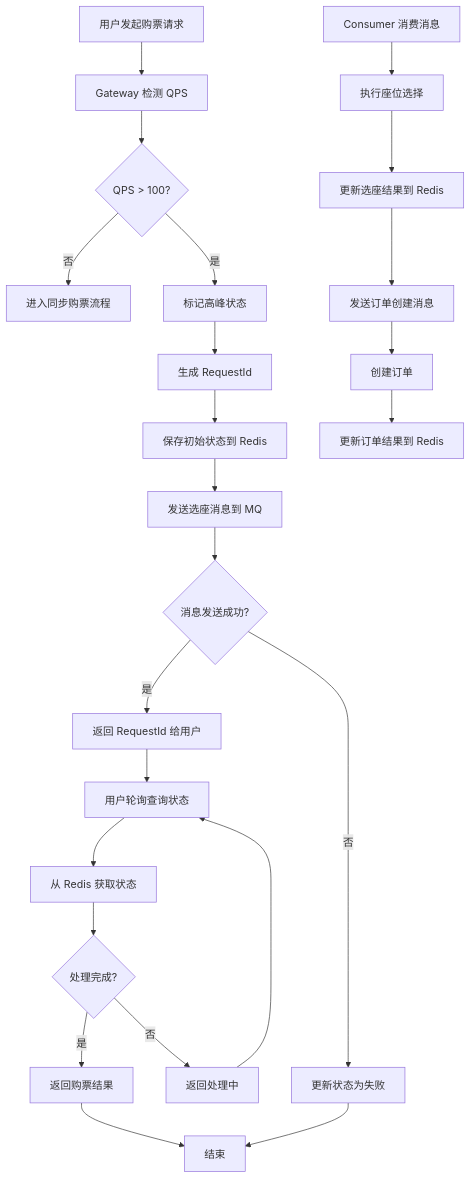
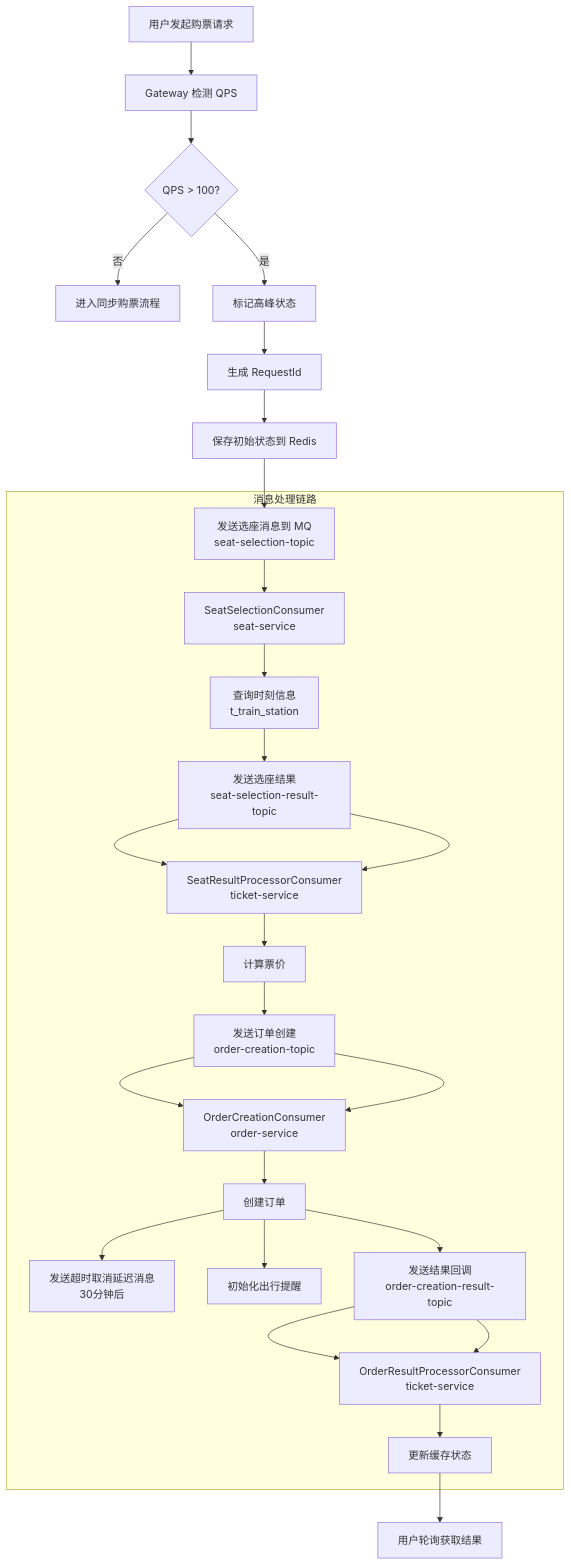
One commit to Tianmingla/12306 changed the fourth of 9 diagrams in GraduationThesis/第4章_架构设计.md. Above: the diagram before and after it, drawn with Mermaid. The commit also changed other lines of this file and 3 other files, not shown here.

````diff
--- a/GraduationThesis/第4章_架构设计.md
+++ b/GraduationThesis/第4章_架构设计.md
@@ -198,29 +198,32 @@
 ```mermaid
 flowchart TD
     A[用户发起购票请求] --> B[Gateway 检测 QPS]
     B --> C{QPS > 100?}
     C -->|否| D[进入同步购票流程]
     C -->|是| E[标记高峰状态]
     E --> F[生成 RequestId]
     F --> G[保存初始状态到 Redis]
-    G --> H[发送选座消息到 MQ]
-    H --> I{消息发送成功?}
-    I -->|否| J[更新状态为失败]
-    I -->|是| K[返回 RequestId 给用户]
+    G --> H[发送选座消息到 MQ<br/>seat-selection-topic]
 
-    L[用户轮询查询状态] --> M[从 Redis 获取状态]
-    M --> N{处理完成?}
-    N -->|否| O[返回处理中]
-    N -->|是| P[返回购票结果]
+    subgraph "消息处理链路"
+        H --> I[SeatSelectionConsumer<br/>seat-service]
+        I --> J[查询时刻信息<br/>t_train_station]
+        J --> K[发送选座结果<br/>seat-selection-result-topic]
+        K --> L[SeatResultProcessorConsumer<br/>ticket-service]
+        L --> M[计算票价]
+        M --> N[发送订单创建<br/>order-creation-topic]
+        N --> O[OrderCreationConsumer<br/>order-service]
+        O --> P[创建订单]
+        P --> Q[发送超时取消延迟消息<br/>30分钟后]
+        P --> R[初始化出行提醒]
+        P --> S[发送结果回调<br/>order-creation-result-topic]
+        S --> T[OrderResultProcessorConsumer<br/>ticket-service]
+        T --> U[更新缓存状态]
+    end
 
-    Q[Consumer 消费消息] --> R[执行座位选择]
-    R --> S[更新选座结果到 Redis]
-    S --> T[发送订单创建消息]
-    T --> U[创建订单]
-    U --> V[更新订单结果到 Redis]
+    U --> V[用户轮询获取结果]
 
     K --> L
-    O --> L
-    P --> W[结束]
-    J --> W
+    N --> O
+    S --> T
 ```
````
